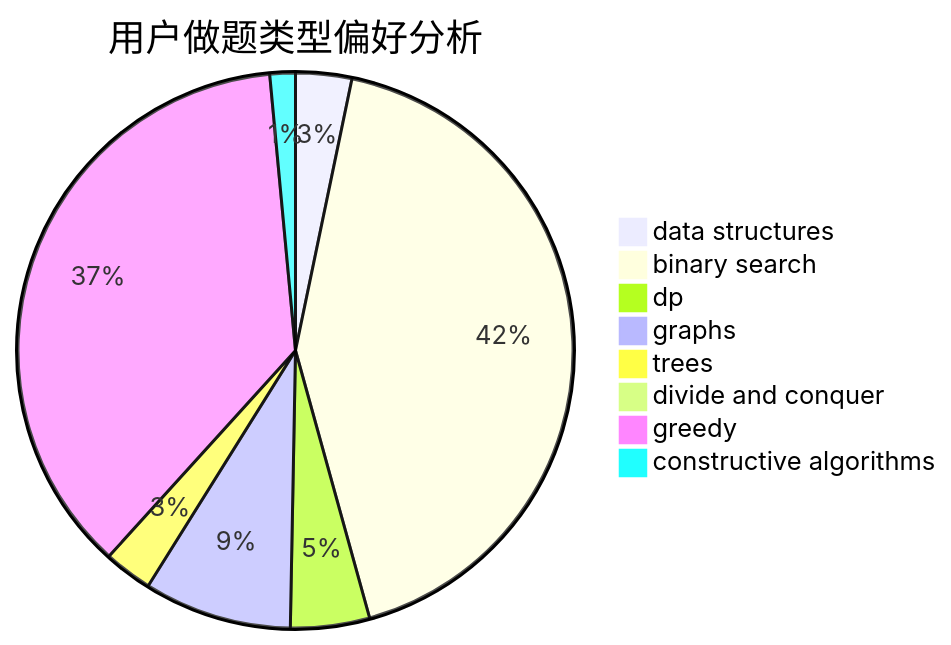
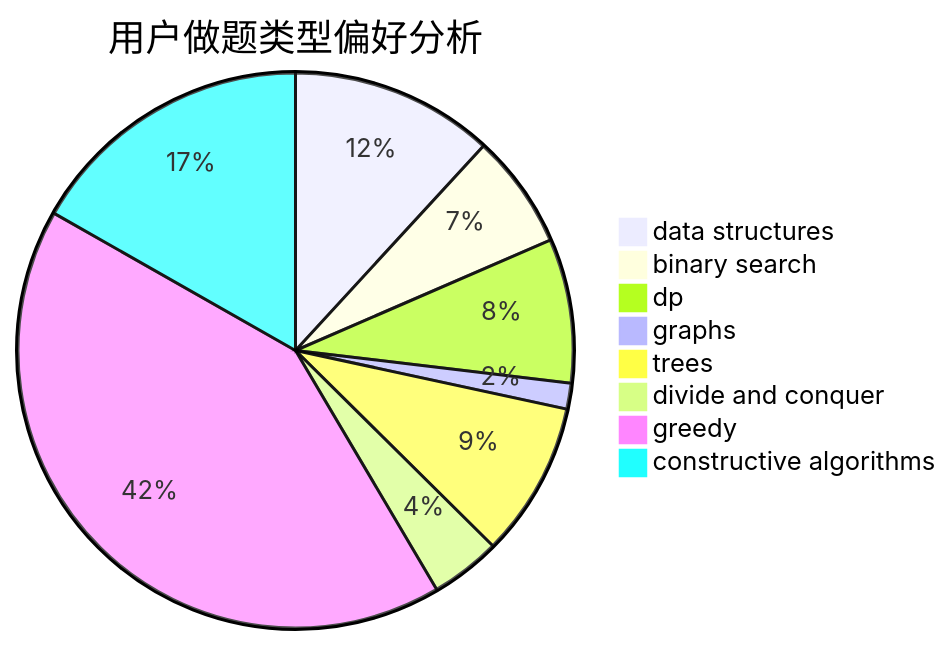
One commit to sherpahu/cfrs.github.io changed the second of 3 diagrams in docs/user/u610.md. Above: the diagram before and after it, drawn with Mermaid. The commit also changed other lines of this file and 2770 other files, not shown here.

````diff
--- a/docs/user/u610.md
+++ b/docs/user/u610.md
@@ -23,11 +23,11 @@
 ```mermaid
 pie title 用户做题类型偏好分析
-    "data structures" :  22
-    "binary search" :  286
-    "dp" :  31
-    "graphs" :  58
-    "trees" :  19
-    "divide and conquer" :  1
-    "greedy" :  248
-    "constructive algorithms" :  10
+    "data structures" :  55
+    "binary search" :  31
+    "dp" :  39
+    "graphs" :  7
+    "trees" :  42
+    "divide and conquer" :  19
+    "greedy" :  194
+    "constructive algorithms" :  78
 ```
````
